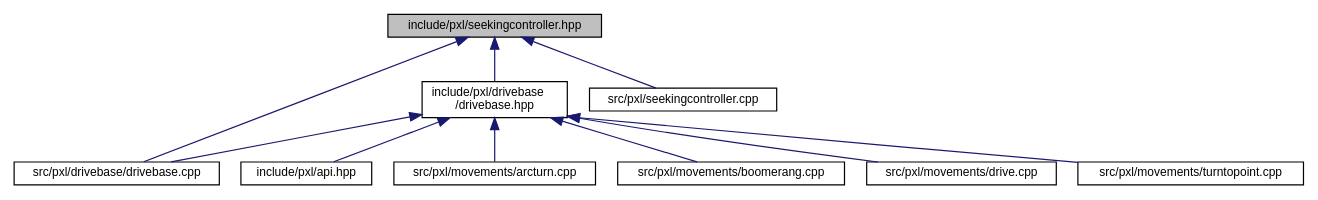
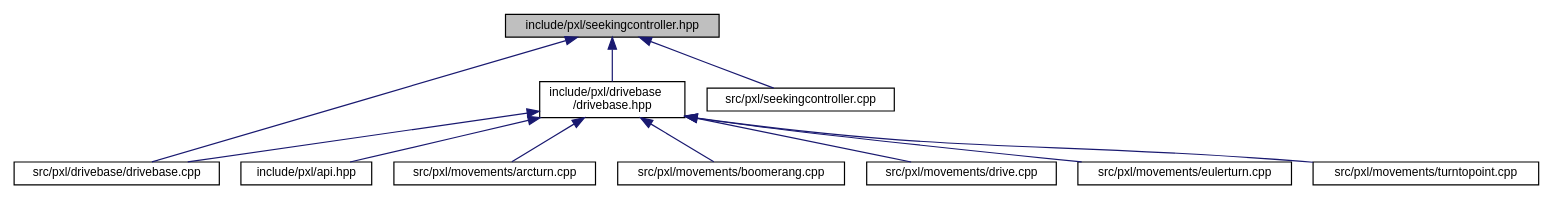
The diagram in seekingcontroller_8hpp__dep__incl.dot (Pixel-Lib/Pixel), drawn with Graphviz before and after one commit. The commit also changed 247 other files, not shown here.

```diff
--- a/seekingcontroller_8hpp__dep__incl.dot
+++ b/seekingcontroller_8hpp__dep__incl.dot
@@ -1,24 +1,26 @@
 digraph "include/pxl/seekingcontroller.hpp"
 {
  // LATEX_PDF_SIZE
   edge [fontname="Helvetica",fontsize="10",labelfontname="Helvetica",labelfontsize="10"];
   node [fontname="Helvetica",fontsize="10",shape=record];
   Node1 [label="include/pxl/seekingcontroller.hpp",height=0.2,width=0.4,color="black", fillcolor="grey75", style="filled", fontcolor="black",tooltip=" "];
   Node1 -> Node2 [dir="back",color="midnightblue",fontsize="10",style="solid",fontname="Helvetica"];
   Node2 [label="include/pxl/drivebase\l/drivebase.hpp",height=0.2,width=0.4,color="black", fillcolor="white", style="filled",URL="$drivebase_8hpp.html",tooltip=" "];
   Node2 -> Node3 [dir="back",color="midnightblue",fontsize="10",style="solid",fontname="Helvetica"];
   Node3 [label="include/pxl/api.hpp",height=0.2,width=0.4,color="black", fillcolor="white", style="filled",URL="$api_8hpp.html",tooltip=" "];
   Node2 -> Node4 [dir="back",color="midnightblue",fontsize="10",style="solid",fontname="Helvetica"];
   Node4 [label="src/pxl/drivebase/drivebase.cpp",height=0.2,width=0.4,color="black", fillcolor="white", style="filled",URL="$drivebase_8cpp.html",tooltip=" "];
   Node2 -> Node5 [dir="back",color="midnightblue",fontsize="10",style="solid",fontname="Helvetica"];
   Node5 [label="src/pxl/movements/arcturn.cpp",height=0.2,width=0.4,color="black", fillcolor="white", style="filled",URL="$arcturn_8cpp.html",tooltip=" "];
   Node2 -> Node6 [dir="back",color="midnightblue",fontsize="10",style="solid",fontname="Helvetica"];
   Node6 [label="src/pxl/movements/boomerang.cpp",height=0.2,width=0.4,color="black", fillcolor="white", style="filled",URL="$boomerang_8cpp.html",tooltip=" "];
   Node2 -> Node7 [dir="back",color="midnightblue",fontsize="10",style="solid",fontname="Helvetica"];
   Node7 [label="src/pxl/movements/drive.cpp",height=0.2,width=0.4,color="black", fillcolor="white", style="filled",URL="$drive_8cpp.html",tooltip=" "];
   Node2 -> Node8 [dir="back",color="midnightblue",fontsize="10",style="solid",fontname="Helvetica"];
-  Node8 [label="src/pxl/movements/turntopoint.cpp",height=0.2,width=0.4,color="black", fillcolor="white", style="filled",URL="$turntopoint_8cpp.html",tooltip=" "];
+  Node8 [label="src/pxl/movements/eulerturn.cpp",height=0.2,width=0.4,color="black", fillcolor="white", style="filled",URL="$eulerturn_8cpp.html",tooltip=" "];
+  Node2 -> Node9 [dir="back",color="midnightblue",fontsize="10",style="solid",fontname="Helvetica"];
+  Node9 [label="src/pxl/movements/turntopoint.cpp",height=0.2,width=0.4,color="black", fillcolor="white", style="filled",URL="$turntopoint_8cpp.html",tooltip=" "];
   Node1 -> Node4 [dir="back",color="midnightblue",fontsize="10",style="solid",fontname="Helvetica"];
-  Node1 -> Node9 [dir="back",color="midnightblue",fontsize="10",style="solid",fontname="Helvetica"];
-  Node9 [label="src/pxl/seekingcontroller.cpp",height=0.2,width=0.4,color="black", fillcolor="white", style="filled",URL="$seekingcontroller_8cpp.html",tooltip=" "];
+  Node1 -> Node10 [dir="back",color="midnightblue",fontsize="10",style="solid",fontname="Helvetica"];
+  Node10 [label="src/pxl/seekingcontroller.cpp",height=0.2,width=0.4,color="black", fillcolor="white", style="filled",URL="$seekingcontroller_8cpp.html",tooltip=" "];
 }
```
